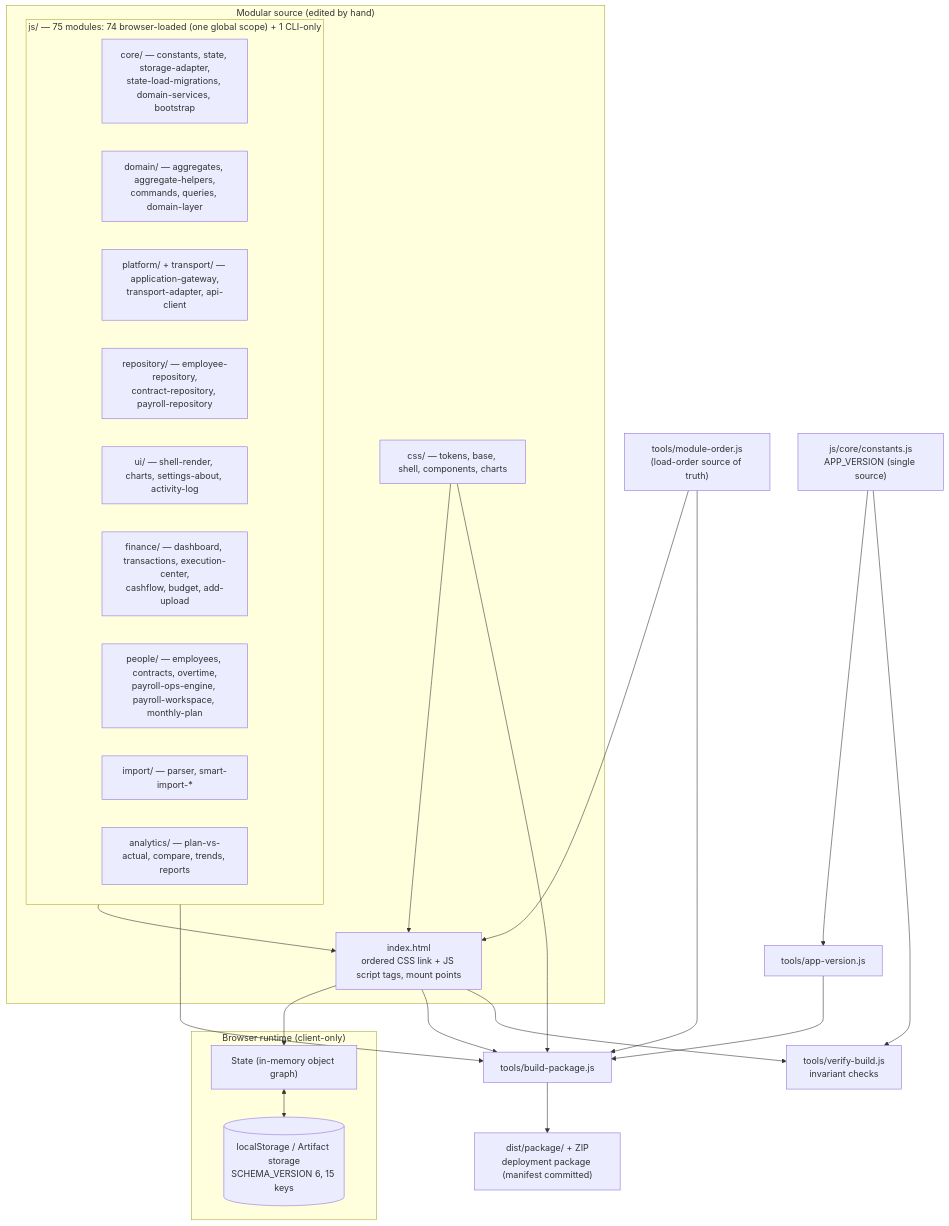
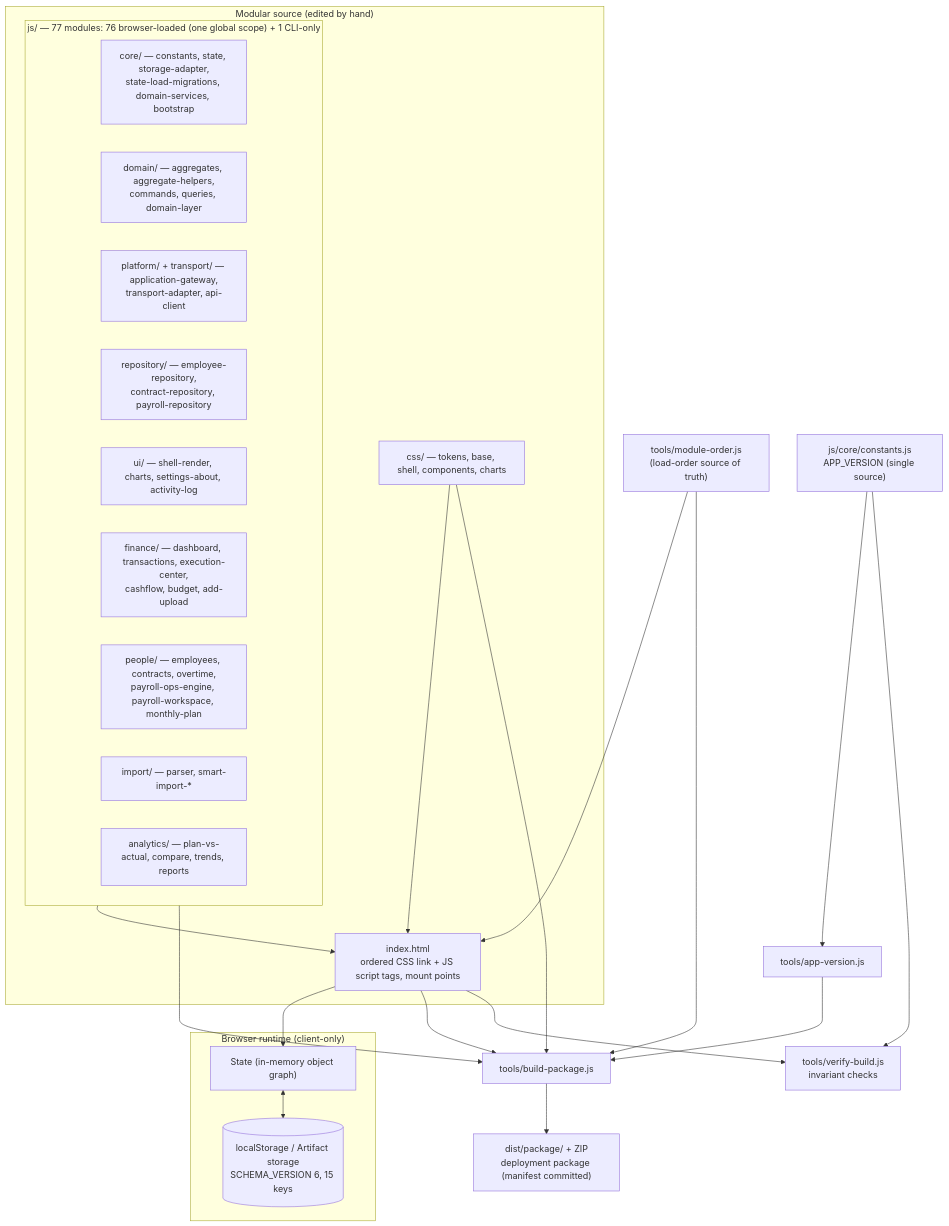
One commit to fanoryu/TAM-OS-Next changed the first of 3 diagrams in ARCHITECTURE.md. Above: the diagram before and after it, drawn with Mermaid. The commit also changed other lines of this file and 3 other files, not shown here.

````diff
--- a/ARCHITECTURE.md
+++ b/ARCHITECTURE.md
@@ -110,45 +110,45 @@
 ```mermaid
 flowchart TD
   subgraph SRC["Modular source (edited by hand)"]
     IDX["index.html<br/>ordered CSS link + JS script tags, mount points"]
     CSS["css/ — tokens, base, shell, components, charts"]
-    subgraph JSMOD["js/ — 75 modules: 74 browser-loaded (one global scope) + 1 CLI-only"]
+    subgraph JSMOD["js/ — 77 modules: 76 browser-loaded (one global scope) + 1 CLI-only"]
       CORE["core/ — constants, state, storage-adapter,<br/>state-load-migrations, domain-services, bootstrap"]
       DOM["domain/ — aggregates, aggregate-helpers,<br/>commands, queries, domain-layer"]
       PLAT["platform/ + transport/ — application-gateway,<br/>transport-adapter, api-client"]
       REPO["repository/ — employee-repository,<br/>contract-repository, payroll-repository"]
       UI["ui/ — shell-render, charts, settings-about, activity-log"]
       FIN["finance/ — dashboard, transactions, execution-center,<br/>cashflow, budget, add-upload"]
       PPL["people/ — employees, contracts, overtime,<br/>payroll-ops-engine, payroll-workspace, monthly-plan"]
       IMP["import/ — parser, smart-import-*"]
       ANA["analytics/ — plan-vs-actual, compare, trends, reports"]
     end
   end
 
   subgraph RUN["Browser runtime (client-only)"]
     STATE["State (in-memory object graph)"]
     LS[("localStorage / Artifact storage<br/>SCHEMA_VERSION 6, 15 keys")]
   end
 
   ORDER["tools/module-order.js<br/>(load-order source of truth)"]
   CONST["js/core/constants.js<br/>APP_VERSION (single source)"]
   AV["tools/app-version.js"]
   BUILD["tools/build-package.js"]
   VERIFY["tools/verify-build.js<br/>invariant checks"]
   DIST["dist/package/ + ZIP<br/>deployment package (manifest committed)"]
 
   CSS --> IDX
   JSMOD --> IDX
   IDX --> STATE
   STATE <--> LS
 
   ORDER --> IDX
   ORDER --> BUILD
   CONST --> AV --> BUILD
   IDX --> BUILD
   CSS --> BUILD
   JSMOD --> BUILD
   BUILD --> DIST
   IDX --> VERIFY
   CONST --> VERIFY
 ```
````
